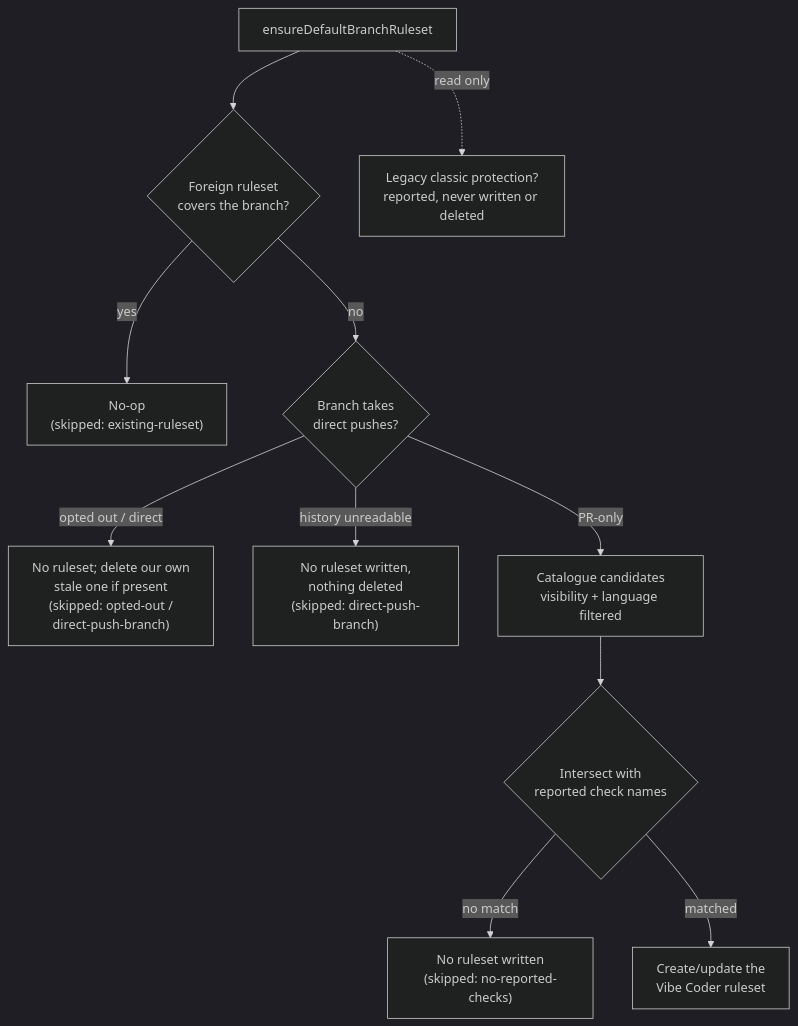
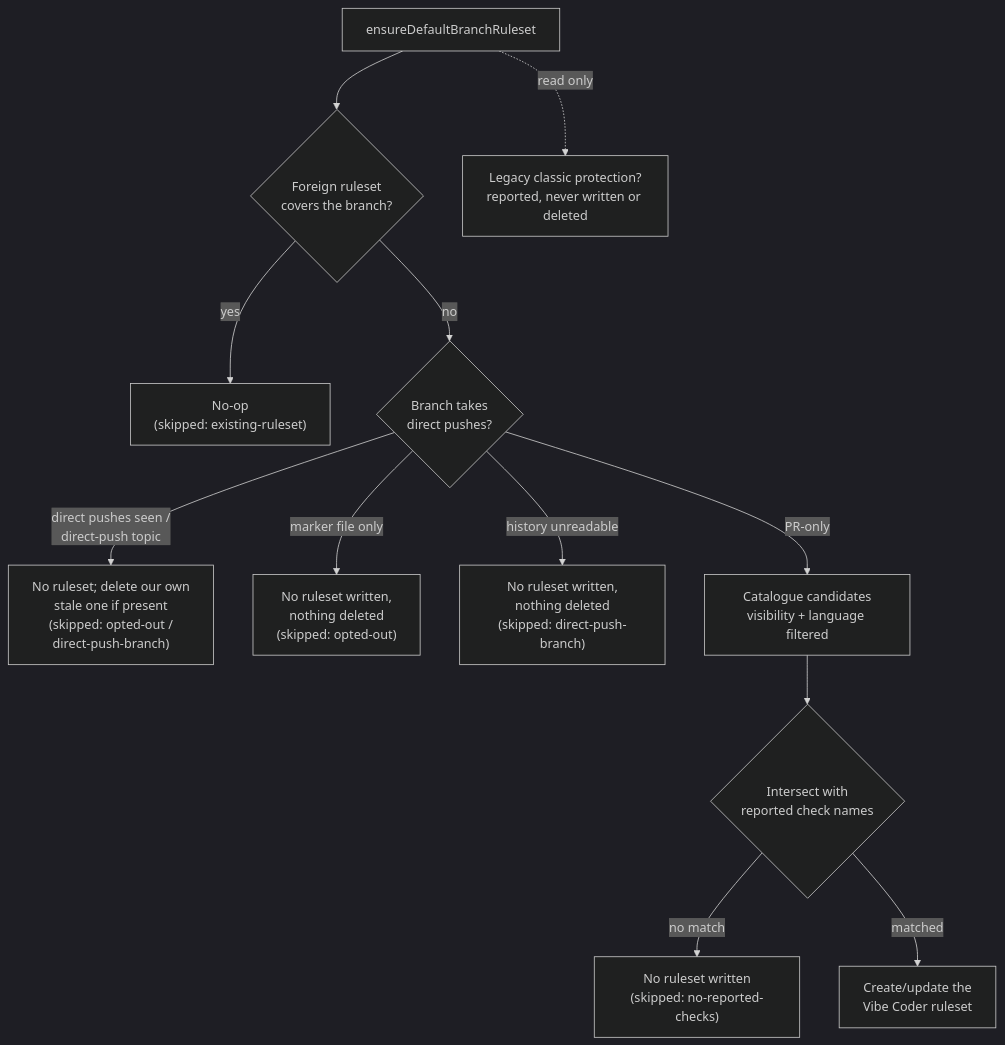
The second of 9 diagrams in docs/MERGE.md (stSoftwareAU/VibeCoder), drawn with Mermaid (dark theme) before and after one commit. The commit also changed other lines of this file and 145 other files, not shown here.

````diff
--- a/docs/MERGE.md
+++ b/docs/MERGE.md
@@ -159,13 +165,14 @@
 ```mermaid
 flowchart TD
     A[ensureDefaultBranchRuleset] --> B{Foreign ruleset<br/>covers the branch?}
     B -- yes --> C["No-op<br/>(skipped: existing-ruleset)"]
     B -- no --> P{Branch takes<br/>direct pushes?}
-    P -- "opted out / direct" --> Q["No ruleset; delete our own<br/>stale one if present<br/>(skipped: opted-out /<br/>direct-push-branch)"]
+    P -- "direct pushes seen /<br/>direct-push topic" --> Q["No ruleset; delete our own<br/>stale one if present<br/>(skipped: opted-out /<br/>direct-push-branch)"]
+    P -- "marker file only" --> S["No ruleset written,<br/>nothing deleted<br/>(skipped: opted-out)"]
     P -- "history unreadable" --> R["No ruleset written,<br/>nothing deleted<br/>(skipped: direct-push-branch)"]
     P -- "PR-only" --> D[Catalogue candidates<br/>visibility + language filtered]
     D --> E{Intersect with<br/>reported check names}
     E -- "no match" --> F["No ruleset written<br/>(skipped: no-reported-checks)"]
     E -- "matched" --> G[Create/update the<br/>Vibe Coder ruleset]
     A -. read only .-> H[Legacy classic protection?<br/>reported, never written or deleted]
 ```
````
